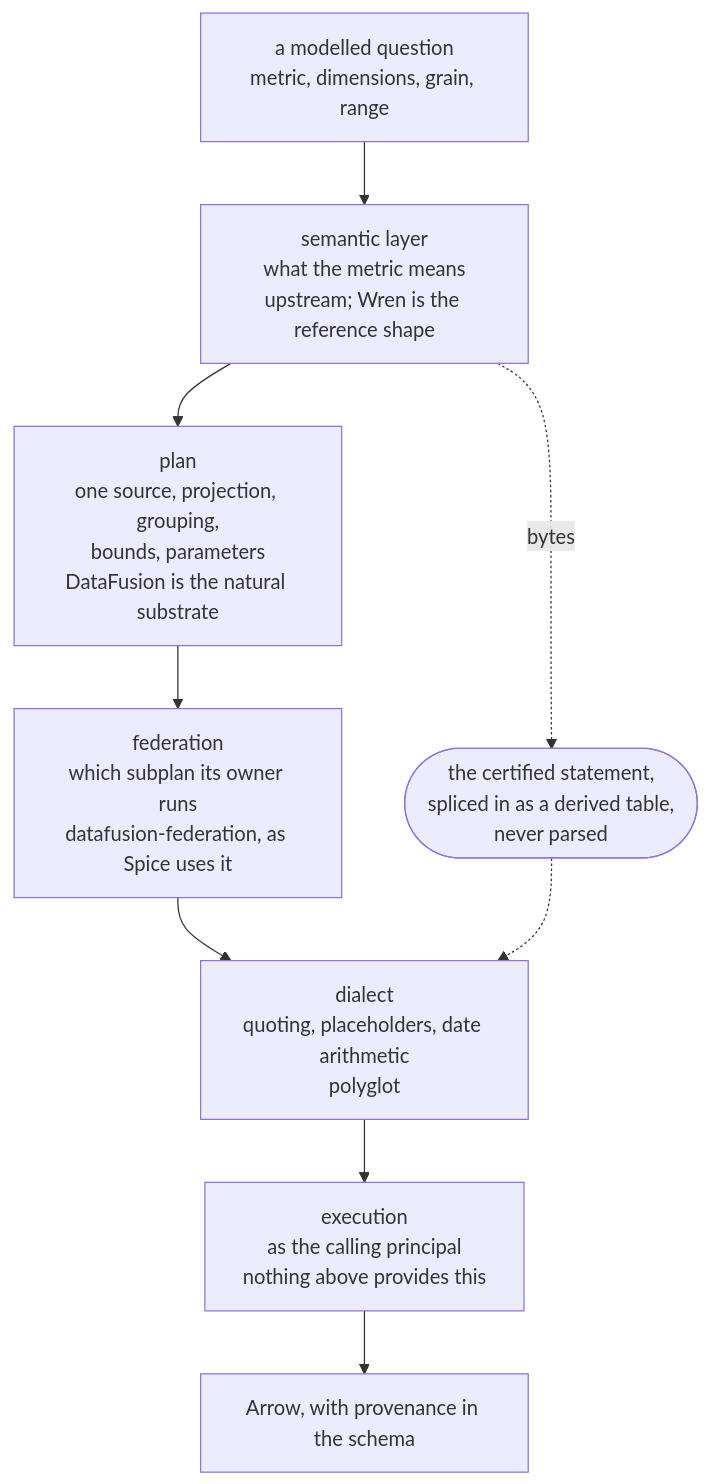
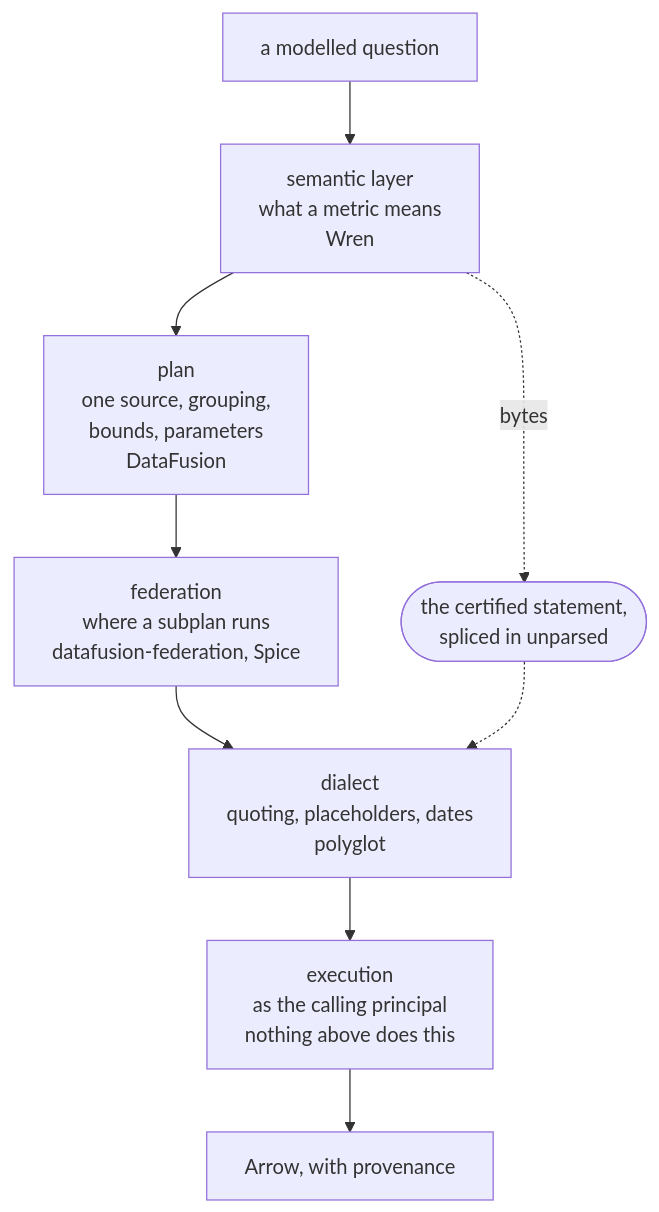
One commit to telekom/sutura changed the diagram in docs/architecture.md. Above: the diagram before and after it, drawn with Mermaid. The commit also changed other lines of this file and 18 other files, not shown here.

````diff
--- a/docs/architecture.md
+++ b/docs/architecture.md
@@ -164,15 +164,15 @@
 ```mermaid
 flowchart TB
-    Q["a modelled question<br>metric, dimensions, grain, range"]
-    SL["semantic layer<br>what the metric means<br>upstream; Wren is the reference shape"]
-    PL["plan<br>one source, projection, grouping,<br>bounds, parameters<br>DataFusion is the natural substrate"]
-    FD["federation<br>which subplan its owner runs<br>datafusion-federation, as Spice uses it"]
-    DI["dialect<br>quoting, placeholders, date arithmetic<br>polyglot"]
-    EX["execution<br>as the calling principal<br>nothing above provides this"]
-    ST(["the certified statement,<br>spliced in as a derived table,<br>never parsed"])
-    A["Arrow, with provenance in the schema"]
+    Q["a modelled question"]
+    SL["semantic layer<br>what a metric means<br>Wren"]
+    PL["plan<br>one source, grouping,<br>bounds, parameters<br>DataFusion"]
+    FD["federation<br>where a subplan runs<br>datafusion-federation, Spice"]
+    DI["dialect<br>quoting, placeholders, dates<br>polyglot"]
+    EX["execution<br>as the calling principal<br>nothing above does this"]
+    ST(["the certified statement,<br>spliced in unparsed"])
+    A["Arrow, with provenance"]
 
     Q --> SL --> PL --> FD --> DI --> EX --> A
     SL -.->|bytes| ST
     ST -.-> DI
 ```
````
